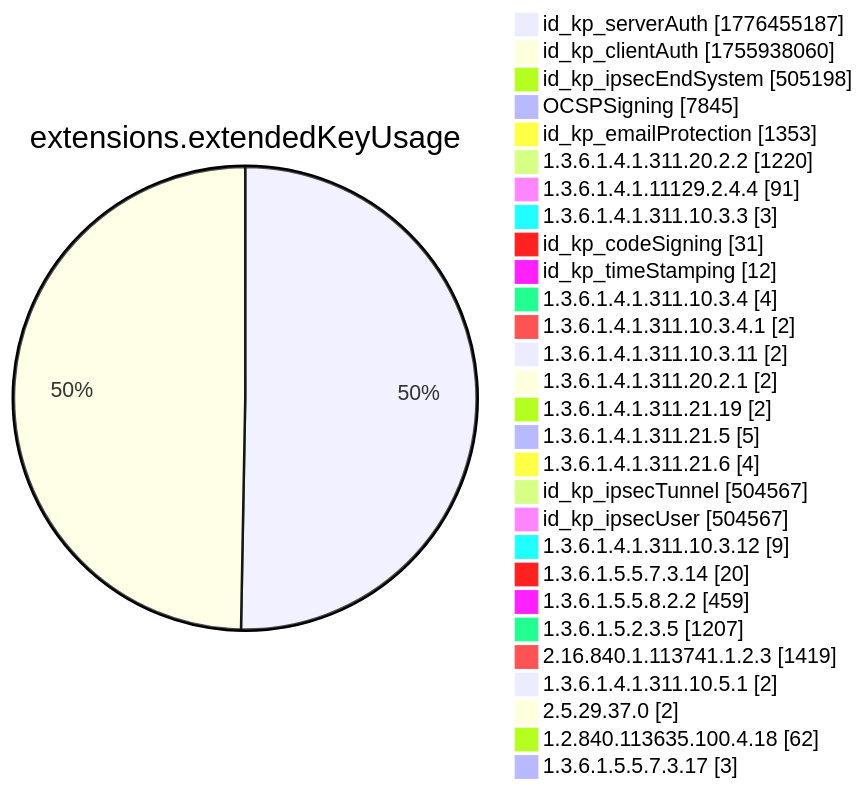
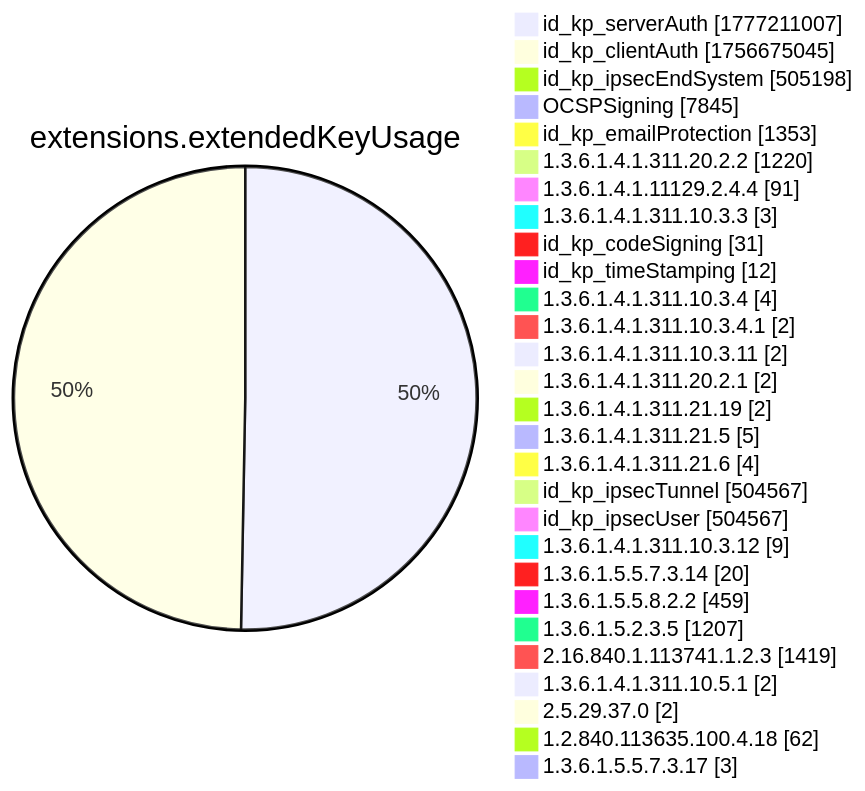
One commit to christiankrug/ctmonitor_visualization changed diagram 12 of 15 in xenon2022/README.md. Above: the diagram before and after it, drawn with Mermaid. The commit also changed other lines of this file, not shown here.

````diff
--- a/xenon2022/README.md
+++ b/xenon2022/README.md
@@ -3893,32 +3894,32 @@
 ```mermaid
 pie showData
 title extensions.extendedKeyUsage
-"id_kp_serverAuth" :1776455187
-"id_kp_clientAuth" :1755938060
+"id_kp_serverAuth" :1777211007
+"id_kp_clientAuth" :1756675045
 "id_kp_ipsecEndSystem" :505198
 "OCSPSigning" :7845
 "id_kp_emailProtection" :1353
 "1.3.6.1.4.1.311.20.2.2" :1220
 "1.3.6.1.4.1.11129.2.4.4" :91
 "1.3.6.1.4.1.311.10.3.3" :3
 "id_kp_codeSigning" :31
 "id_kp_timeStamping" :12
 "1.3.6.1.4.1.311.10.3.4" :4
 "1.3.6.1.4.1.311.10.3.4.1" :2
 "1.3.6.1.4.1.311.10.3.11" :2
 "1.3.6.1.4.1.311.20.2.1" :2
 "1.3.6.1.4.1.311.21.19" :2
 "1.3.6.1.4.1.311.21.5" :5
 "1.3.6.1.4.1.311.21.6" :4
 "id_kp_ipsecTunnel" :504567
 "id_kp_ipsecUser" :504567
 "1.3.6.1.4.1.311.10.3.12" :9
 "1.3.6.1.5.5.7.3.14" :20
 "1.3.6.1.5.5.8.2.2" :459
 "1.3.6.1.5.2.3.5" :1207
 "2.16.840.1.113741.1.2.3" :1419
 "1.3.6.1.4.1.311.10.5.1" :2
 "2.5.29.37.0" :2
 "1.2.840.113635.100.4.18" :62
 "1.3.6.1.5.5.7.3.17" :3
 ```
````
